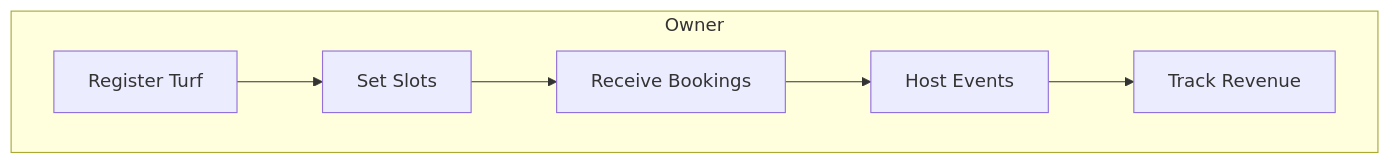
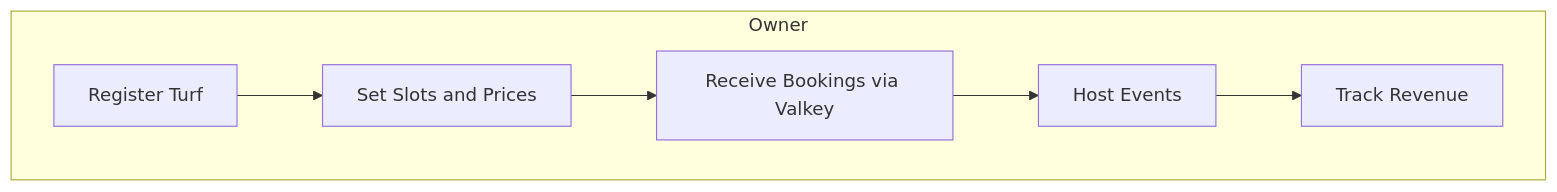
One commit to dineshrajdhanapathyDD/TurfArena changed the ninth of 9 diagrams in README.md. Above: the diagram before and after it, drawn with Mermaid. The commit also changed other lines of this file and 11 other files, not shown here.

````diff
--- a/README.md
+++ b/README.md
@@ -415,9 +355,9 @@
 ```mermaid
 graph TD
     subgraph Owner
-        TA[Register Turf] --> TB[Set Slots]
-        TB --> TC[Receive Bookings]
+        TA[Register Turf] --> TB[Set Slots and Prices]
+        TB --> TC[Receive Bookings via Valkey]
         TC --> TD[Host Events]
         TD --> TE[Track Revenue]
     end
 ```
````
